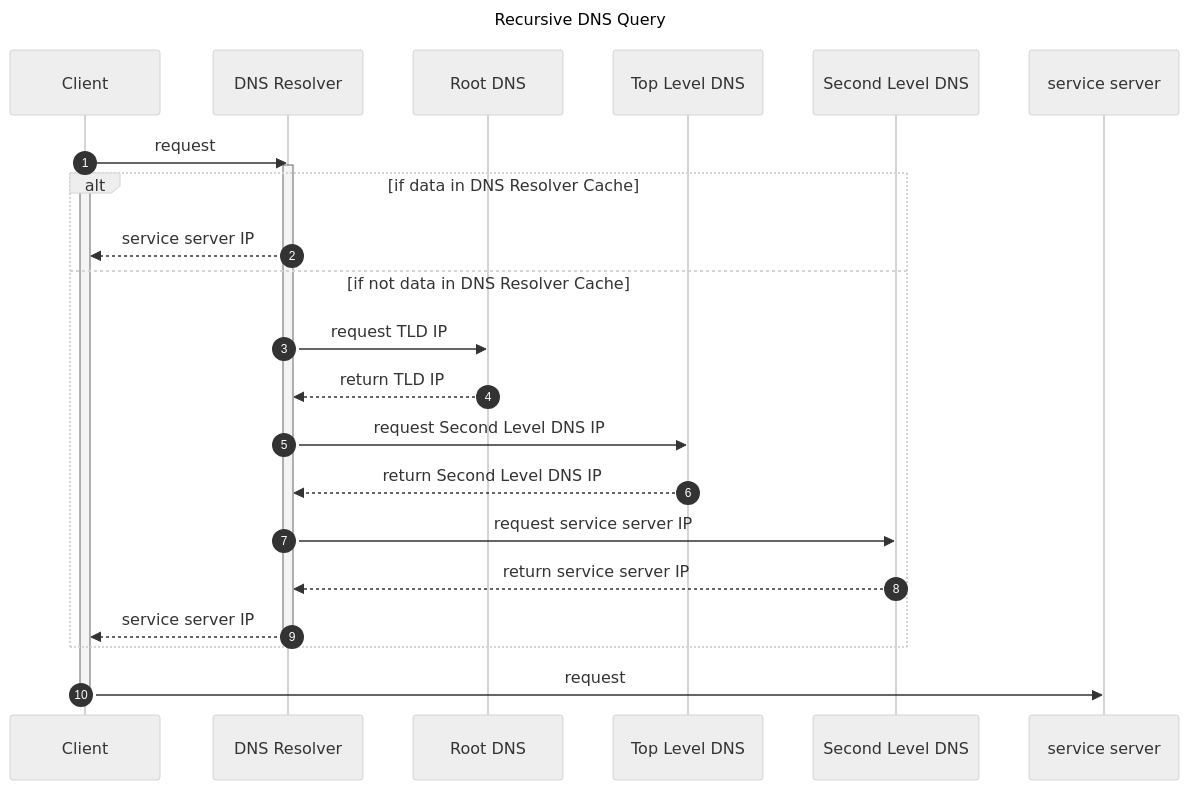
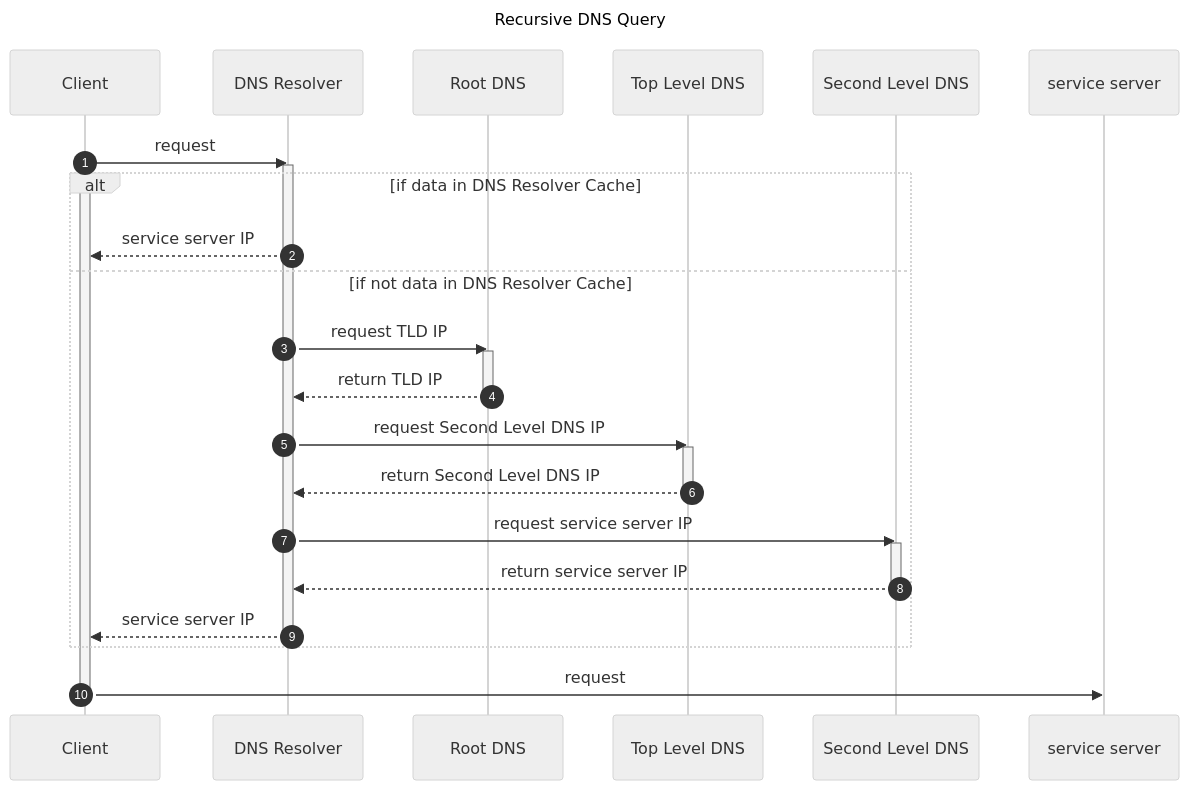
Before and after one commit to djccnt15/djccnt15.github.io: the first of 7 diagrams in docs/blog/posts/2024-07-25-web_client_server.md, drawn with Mermaid. The commit also changed other lines of this file and 2 other files, not shown here.

Commit message:
fix mermaid diagrams

````diff
--- a/docs/blog/posts/2024-07-25-web_client_server.md
+++ b/docs/blog/posts/2024-07-25-web_client_server.md
@@ -37,26 +37,32 @@
 ```mermaid
 ---
 title: Recursive DNS Query
 config:
     theme: 'neutral'
 ---
 sequenceDiagram
     autonumber
     Client ->> DNS Resolver : request
     activate Client
     activate DNS Resolver
     alt if data in DNS Resolver Cache
         DNS Resolver -->> Client : service server IP
     else if not data in DNS Resolver Cache
         DNS Resolver ->> Root DNS : request TLD IP
+        activate Root DNS
         Root DNS -->> DNS Resolver : return TLD IP
+        deactivate Root DNS
         DNS Resolver ->> Top Level DNS : request Second Level DNS IP
+        activate Top Level DNS
         Top Level DNS -->> DNS Resolver : return Second Level DNS IP
+        deactivate Top Level DNS
         DNS Resolver ->> Second Level DNS : request service server IP
+        activate Second Level DNS
         Second Level DNS -->> DNS Resolver : return service server IP
+        deactivate Second Level DNS
         DNS Resolver -->> Client : service server IP
         deactivate DNS Resolver
     end
     Client ->> service server : request
     deactivate Client
 ```
````
